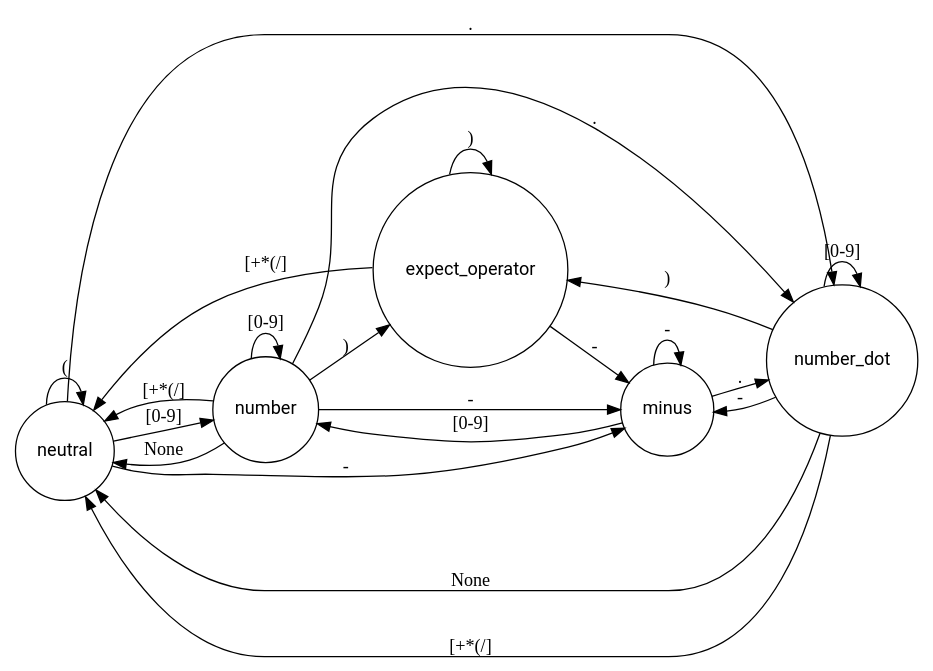
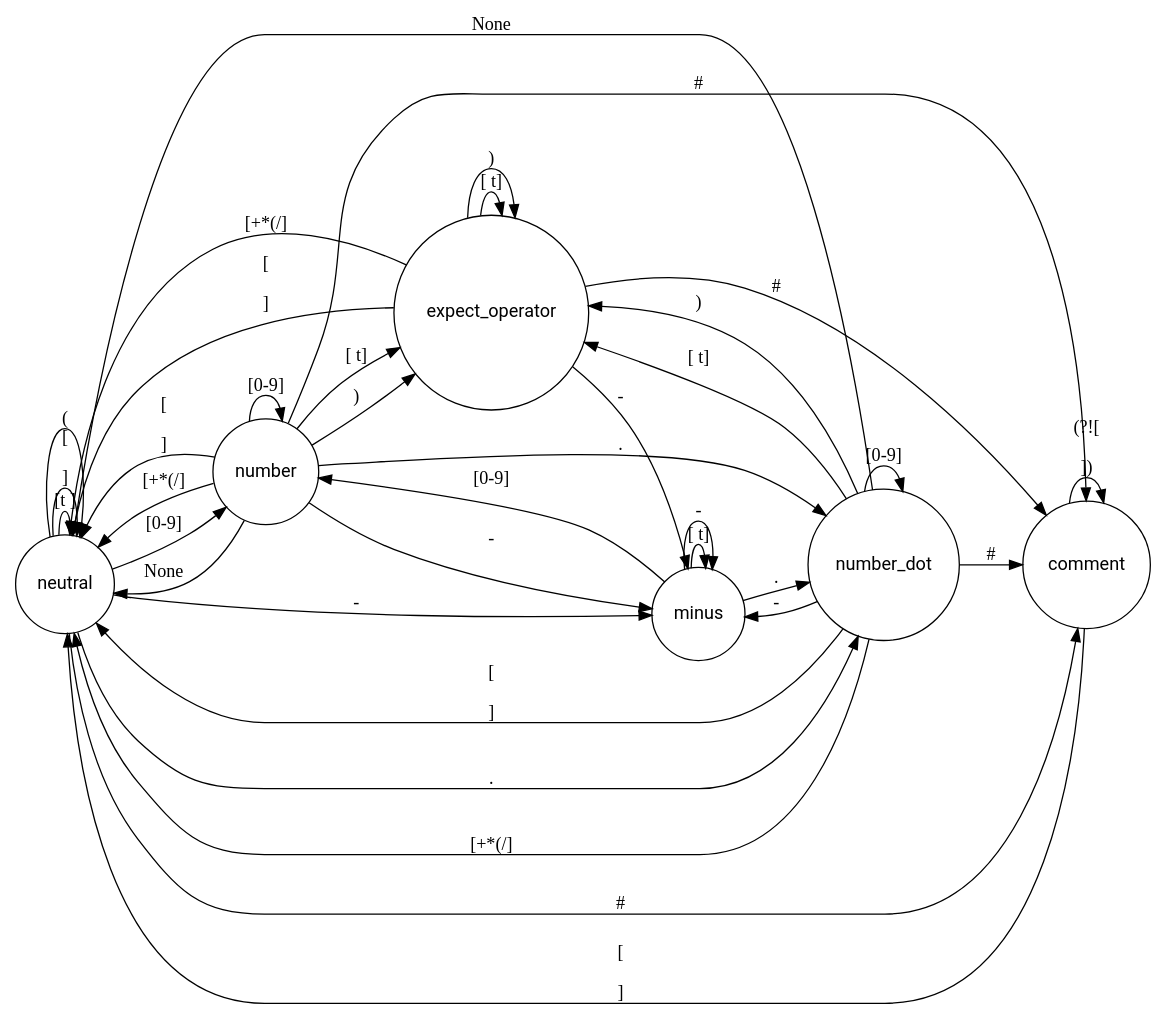
One commit to fdavies93/basilisk changed the diagram in reference/abstract-lexer/viz.gv. Above: the diagram before and after it, drawn with Graphviz. The commit also changed 4 other files, not shown here.

```diff
--- a/reference/abstract-lexer/viz.gv
+++ b/reference/abstract-lexer/viz.gv
@@ -1,27 +1,42 @@
 digraph fsm {
 fontname="Roboto,Arial,sans-serif"
 node [fontname="Roboto,Arial,sans-serif"]
 rankdir=LR;
 node [shape=circle];
+neutral -> neutral ["label" = "[\t ]"];
+neutral -> neutral ["label" = "[\n\r]"];
 neutral -> neutral ["label" = "\("];
 neutral -> number ["label" = "[0-9]"];
 neutral -> number_dot ["label" = "\."];
 neutral -> minus ["label" = "-"];
+neutral -> comment ["label" = "#"];
 number -> neutral ["label" = "None"];
+number -> neutral ["label" = "[\n\r]"];
+number -> expect_operator ["label" = "[ \t]"];
 number -> number ["label" = "[0-9]"];
 number -> expect_operator ["label" = "\)"];
 number -> neutral ["label" = "[+*(/]"];
 number -> number_dot ["label" = "\."];
 number -> minus ["label" = "-"];
+number -> comment ["label" = "#"];
 number_dot -> neutral ["label" = "None"];
+number_dot -> neutral ["label" = "[\n\r]"];
+number_dot -> expect_operator ["label" = "[ \t]"];
 number_dot -> number_dot ["label" = "[0-9]"];
 number_dot -> expect_operator ["label" = "\)"];
 number_dot -> neutral ["label" = "[+*(/]"];
 number_dot -> minus ["label" = "-"];
+number_dot -> comment ["label" = "#"];
+expect_operator -> neutral ["label" = "[\n\r]"];
+expect_operator -> expect_operator ["label" = "[ \t]"];
 expect_operator -> neutral ["label" = "[+*\(/]"];
 expect_operator -> minus ["label" = "-"];
 expect_operator -> expect_operator ["label" = "\)"];
+expect_operator -> comment ["label" = "#"];
 minus -> number_dot ["label" = "\."];
 minus -> number ["label" = "[0-9]"];
+minus -> minus ["label" = "[ \t]"];
 minus -> minus ["label" = "-"];
+comment -> neutral ["label" = "[\n\r]"];
+comment -> comment ["label" = "(?![\n\r])"];
 }
```
